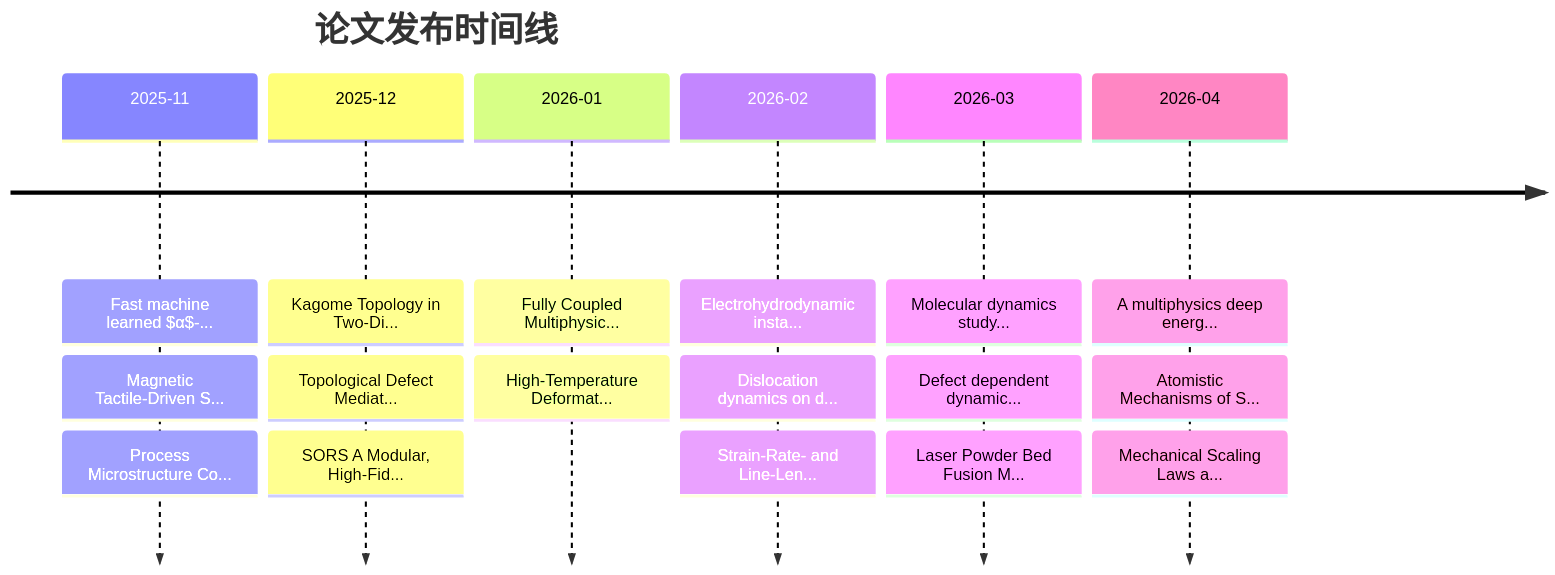
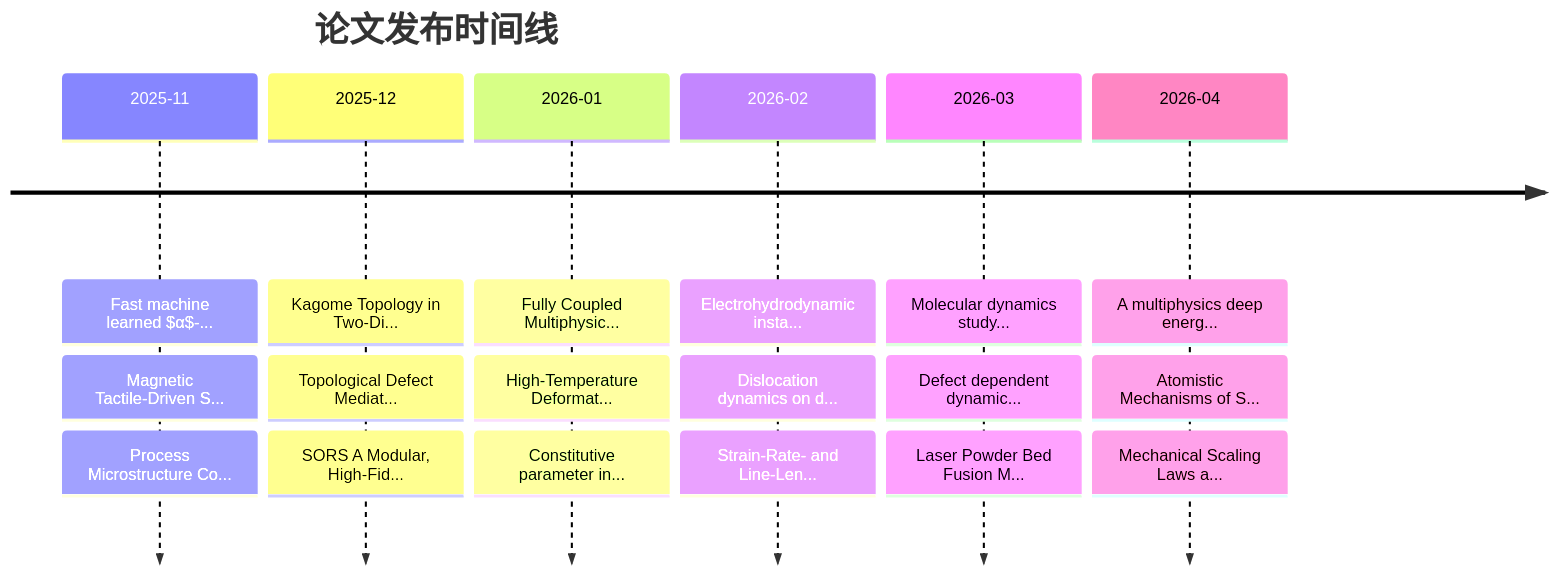
One commit to Shirakawa11111/BJK_readpaper changed the second of 2 diagrams in README.md. Above: the diagram before and after it, drawn with Mermaid. The commit also changed other lines of this file and 11 other files, not shown here.

````diff
--- a/README.md
+++ b/README.md
@@ -206,10 +206,10 @@
 ```mermaid
 timeline
     title 论文发布时间线
     2025-11 : Fast machine learned $α$-... : Magnetic Tactile-Driven S... : Process Microstructure Co...
     2025-12 : Kagome Topology in Two-Di... : Topological Defect Mediat... : SORS A Modular, High-Fid...
-    2026-01 : Fully Coupled Multiphysic... : High-Temperature Deformat...
+    2026-01 : Fully Coupled Multiphysic... : High-Temperature Deformat... : Constitutive parameter in...
     2026-02 : Electrohydrodynamic insta... : Dislocation dynamics on d... : Strain-Rate- and Line-Len...
     2026-03 : Molecular dynamics study... : Defect dependent dynamic... : Laser Powder Bed Fusion M...
     2026-04 : A multiphysics deep energ... : Atomistic Mechanisms of S... : Mechanical Scaling Laws a...
 ```
````
